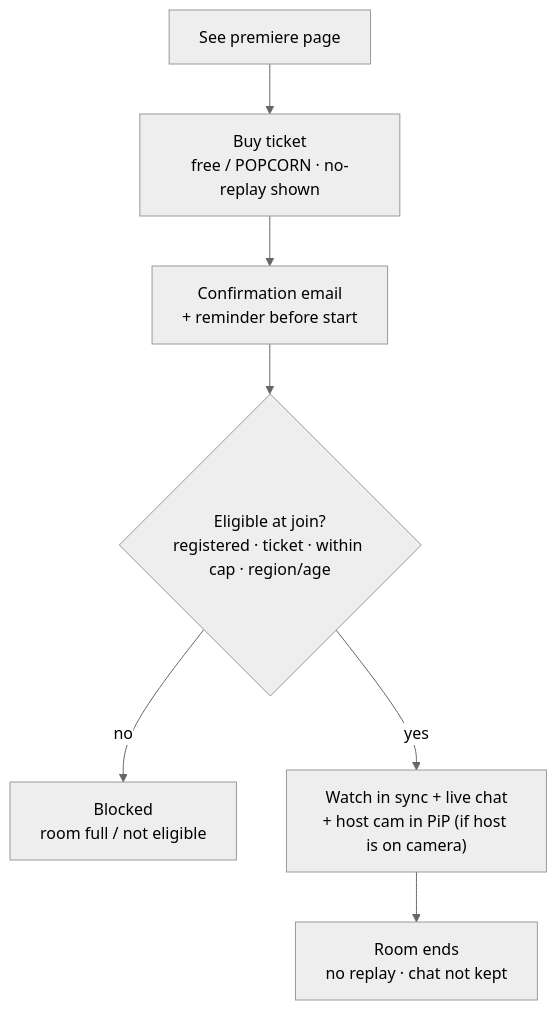
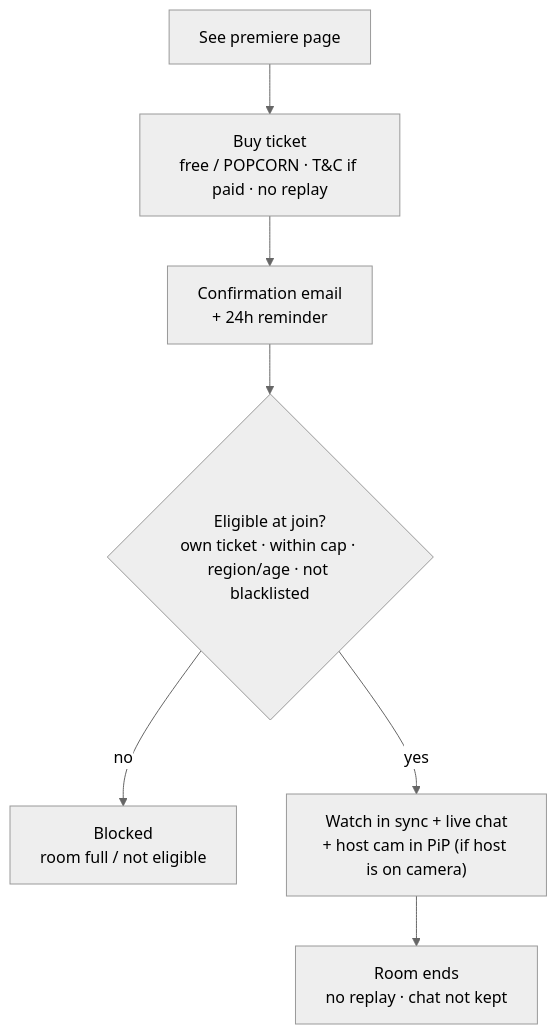
Before and after one commit to ztor20/Features: the third of 3 diagrams in draft/watch-party/prototype/_docs/BRD/watch-party/Biz.md, drawn with Mermaid (neutral theme). The commit also changed other lines of this file and 9 other files, not shown here.

````diff
--- a/draft/watch-party/prototype/_docs/BRD/watch-party/Biz.md
+++ b/draft/watch-party/prototype/_docs/BRD/watch-party/Biz.md
@@ -40,9 +40,9 @@
 ```mermaid
 flowchart TD
-  A["See premiere page"] --> B["Buy ticket<br/>free / POPCORN · no-replay shown"]
-  B --> C["Confirmation email<br/>+ reminder before start"]
-  C --> D{"Eligible at join?<br/>registered · ticket · within cap · region/age"}
+  A["See premiere page"] --> B["Buy ticket<br/>free / POPCORN · T&C if paid · no replay"]
+  B --> C["Confirmation email<br/>+ 24h reminder"]
+  C --> D{"Eligible at join?<br/>own ticket · within cap · region/age · not blacklisted"}
   D -- no --> X["Blocked<br/>room full / not eligible"]
   D -- yes --> E["Watch in sync + live chat<br/>+ host cam in PiP (if host is on camera)"]
   E --> F["Room ends<br/>no replay · chat not kept"]
 ```
````
